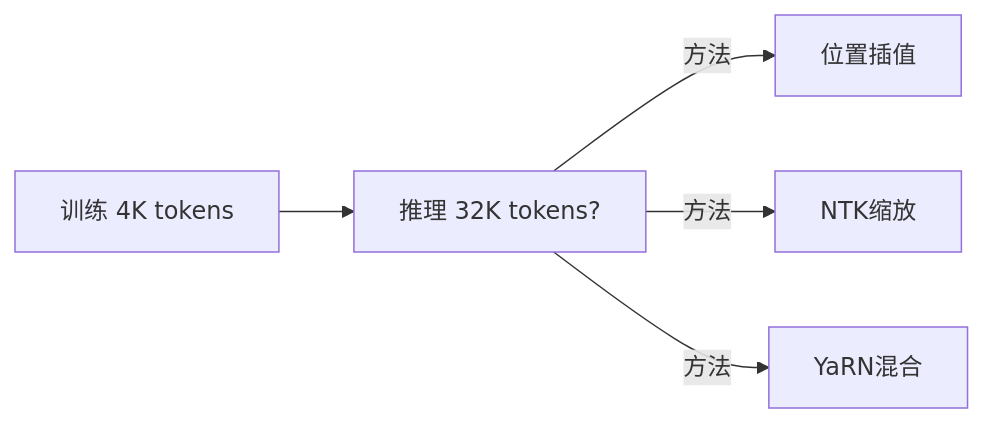
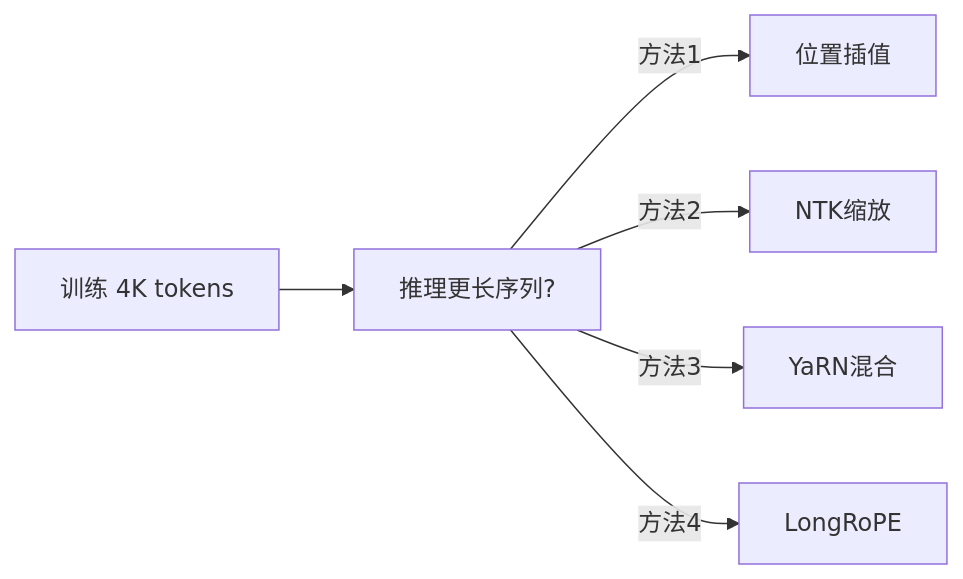
One commit to Xunzhuo/mini-sglang changed diagram 11 of 15 in learning/website/docs/basics/04-positional-encoding.md. Above: the diagram before and after it, drawn with Mermaid. The commit also changed other lines of this file and 9 other files, not shown here.

````diff
--- a/learning/website/docs/basics/04-positional-encoding.md
+++ b/learning/website/docs/basics/04-positional-encoding.md
@@ -329,7 +237,8 @@
 ```mermaid
 graph LR
-    T[训练 4K tokens] --> P[推理 32K tokens?]
-    P --> |方法| PI[位置插值]
-    P --> |方法| NTK[NTK缩放]
-    P --> |方法| YaRN[YaRN混合]
+    T[训练 4K tokens] --> P[推理更长序列?]
+    P --> |方法1| PI[位置插值]
+    P --> |方法2| NTK[NTK缩放]
+    P --> |方法3| YaRN[YaRN混合]
+    P --> |方法4| LR[LongRoPE]
 ```
````
